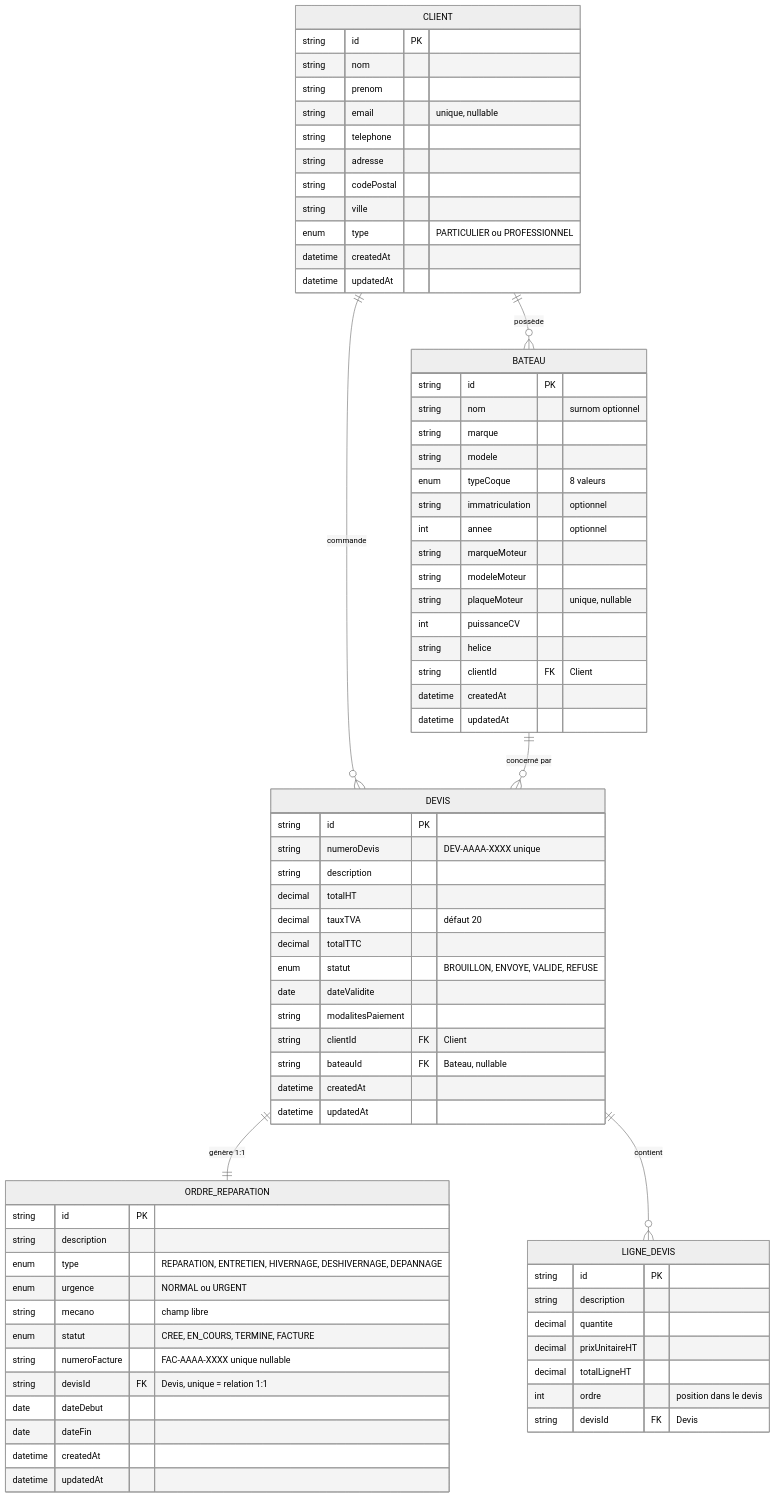
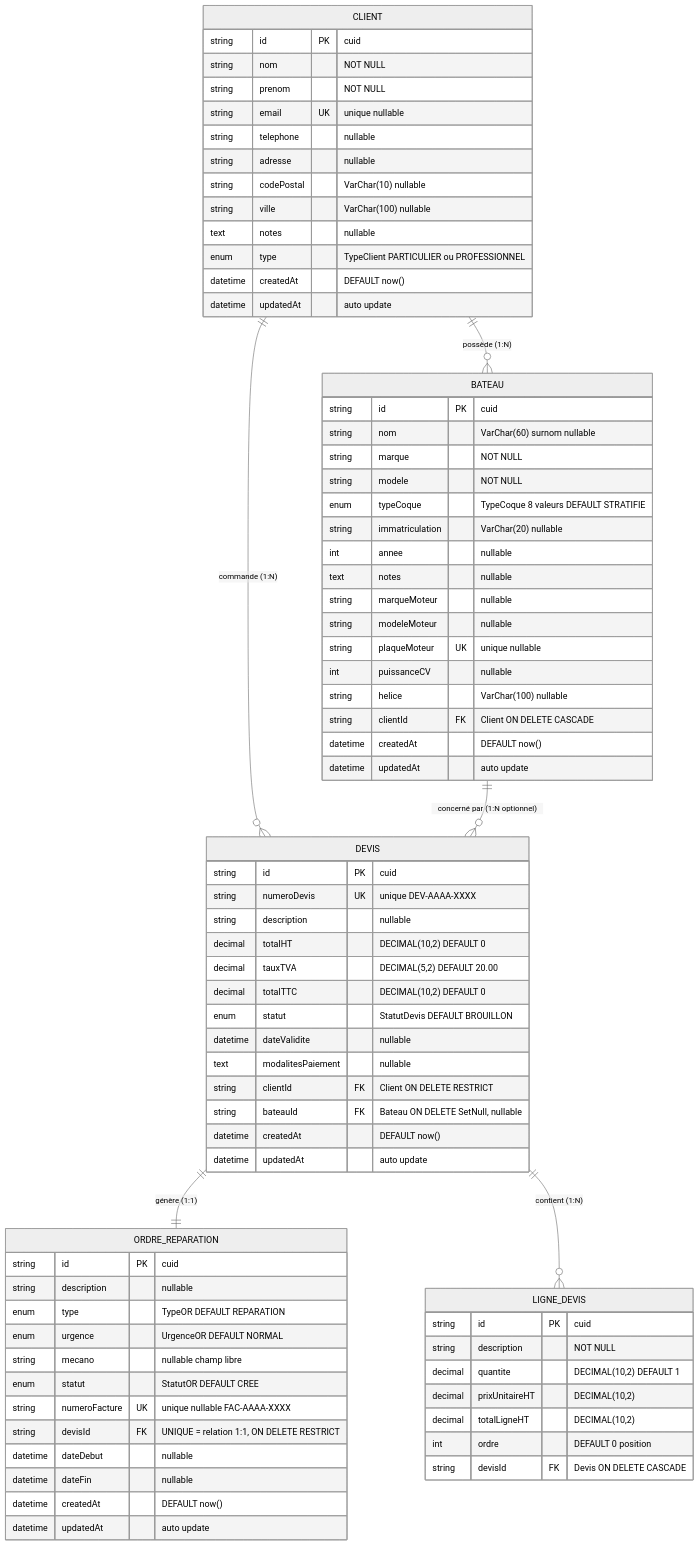
Before and after one commit to INF-IAGAILLARDROMAIN/nautilus: the first of 2 diagrams in docs/examen/dossier-projet/annexes/01-mcd/mcd-nautilus.md, drawn with Mermaid (neutral theme). The commit also changed other lines of this file and 2 other files, not shown here.

````diff
--- a/docs/examen/dossier-projet/annexes/01-mcd/mcd-nautilus.md
+++ b/docs/examen/dossier-projet/annexes/01-mcd/mcd-nautilus.md
@@ -12,81 +12,83 @@
 ```mermaid
 erDiagram
-    CLIENT ||--o{ BATEAU : "possède"
-    CLIENT ||--o{ DEVIS : "commande"
-    BATEAU ||--o{ DEVIS : "concerné par"
-    DEVIS ||--|| ORDRE_REPARATION : "génère 1:1"
-    DEVIS ||--o{ LIGNE_DEVIS : "contient"
+    CLIENT ||--o{ BATEAU : "possède (1:N)"
+    CLIENT ||--o{ DEVIS : "commande (1:N)"
+    BATEAU ||--o{ DEVIS : "concerné par (1:N optionnel)"
+    DEVIS ||--|| ORDRE_REPARATION : "génère (1:1)"
+    DEVIS ||--o{ LIGNE_DEVIS : "contient (1:N)"
 
     CLIENT {
-        string id PK
-        string nom
-        string prenom
-        string email "unique, nullable"
-        string telephone
-        string adresse
-        string codePostal
-        string ville
-        enum type "PARTICULIER ou PROFESSIONNEL"
-        datetime createdAt
-        datetime updatedAt
+        string id PK "cuid"
+        string nom "NOT NULL"
+        string prenom "NOT NULL"
+        string email UK "unique nullable"
+        string telephone "nullable"
+        string adresse "nullable"
+        string codePostal "VarChar(10) nullable"
+        string ville "VarChar(100) nullable"
+        text notes "nullable"
+        enum type "TypeClient PARTICULIER ou PROFESSIONNEL"
+        datetime createdAt "DEFAULT now()"
+        datetime updatedAt "auto update"
     }
 
     BATEAU {
-        string id PK
-        string nom "surnom optionnel"
-        string marque
-        string modele
-        enum typeCoque "8 valeurs"
-        string immatriculation "optionnel"
-        int annee "optionnel"
-        string marqueMoteur
-        string modeleMoteur
-        string plaqueMoteur "unique, nullable"
-        int puissanceCV
-        string helice
-        string clientId FK "Client"
-        datetime createdAt
-        datetime updatedAt
+        string id PK "cuid"
+        string nom "VarChar(60) surnom nullable"
+        string marque "NOT NULL"
+        string modele "NOT NULL"
+        enum typeCoque "TypeCoque 8 valeurs DEFAULT STRATIFIE"
+        string immatriculation "VarChar(20) nullable"
+        int annee "nullable"
+        text notes "nullable"
+        string marqueMoteur "nullable"
+        string modeleMoteur "nullable"
+        string plaqueMoteur UK "unique nullable"
+        int puissanceCV "nullable"
+        string helice "VarChar(100) nullable"
+        string clientId FK "Client ON DELETE CASCADE"
+        datetime createdAt "DEFAULT now()"
+        datetime updatedAt "auto update"
     }
 
     DEVIS {
-        string id PK
-        string numeroDevis "DEV-AAAA-XXXX unique"
-        string description
-        decimal totalHT
-        decimal tauxTVA "défaut 20"
-        decimal totalTTC
-        enum statut "BROUILLON, ENVOYE, VALIDE, REFUSE"
-        date dateValidite
-        string modalitesPaiement
-        string clientId FK "Client"
-        string bateauId FK "Bateau, nullable"
-        datetime createdAt
-        datetime updatedAt
+        string id PK "cuid"
+        string numeroDevis UK "unique DEV-AAAA-XXXX"
+        string description "nullable"
+        decimal totalHT "DECIMAL(10,2) DEFAULT 0"
+        decimal tauxTVA "DECIMAL(5,2) DEFAULT 20.00"
+        decimal totalTTC "DECIMAL(10,2) DEFAULT 0"
+        enum statut "StatutDevis DEFAULT BROUILLON"
+        datetime dateValidite "nullable"
+        text modalitesPaiement "nullable"
+        string clientId FK "Client ON DELETE RESTRICT"
+        string bateauId FK "Bateau ON DELETE SetNull, nullable"
+        datetime createdAt "DEFAULT now()"
+        datetime updatedAt "auto update"
     }
 
     LIGNE_DEVIS {
-        string id PK
-        string description
-        decimal quantite
-        decimal prixUnitaireHT
-        decimal totalLigneHT
-        int ordre "position dans le devis"
-        string devisId FK "Devis"
+        string id PK "cuid"
+        string description "NOT NULL"
+        decimal quantite "DECIMAL(10,2) DEFAULT 1"
+        decimal prixUnitaireHT "DECIMAL(10,2)"
+        decimal totalLigneHT "DECIMAL(10,2)"
+        int ordre "DEFAULT 0 position"
+        string devisId FK "Devis ON DELETE CASCADE"
     }
 
     ORDRE_REPARATION {
-        string id PK
-        string description
-        enum type "REPARATION, ENTRETIEN, HIVERNAGE, DESHIVERNAGE, DEPANNAGE"
-        enum urgence "NORMAL ou URGENT"
-        string mecano "champ libre"
-        enum statut "CREE, EN_COURS, TERMINE, FACTURE"
-        string numeroFacture "FAC-AAAA-XXXX unique nullable"
-        string devisId FK "Devis, unique = relation 1:1"
-        date dateDebut
-        date dateFin
-        datetime createdAt
-        datetime updatedAt
+        string id PK "cuid"
+        string description "nullable"
+        enum type "TypeOR DEFAULT REPARATION"
+        enum urgence "UrgenceOR DEFAULT NORMAL"
+        string mecano "nullable champ libre"
+        enum statut "StatutOR DEFAULT CREE"
+        string numeroFacture UK "unique nullable FAC-AAAA-XXXX"
+        string devisId FK "UNIQUE = relation 1:1, ON DELETE RESTRICT"
+        datetime dateDebut "nullable"
+        datetime dateFin "nullable"
+        datetime createdAt "DEFAULT now()"
+        datetime updatedAt "auto update"
     }
 ```
````
